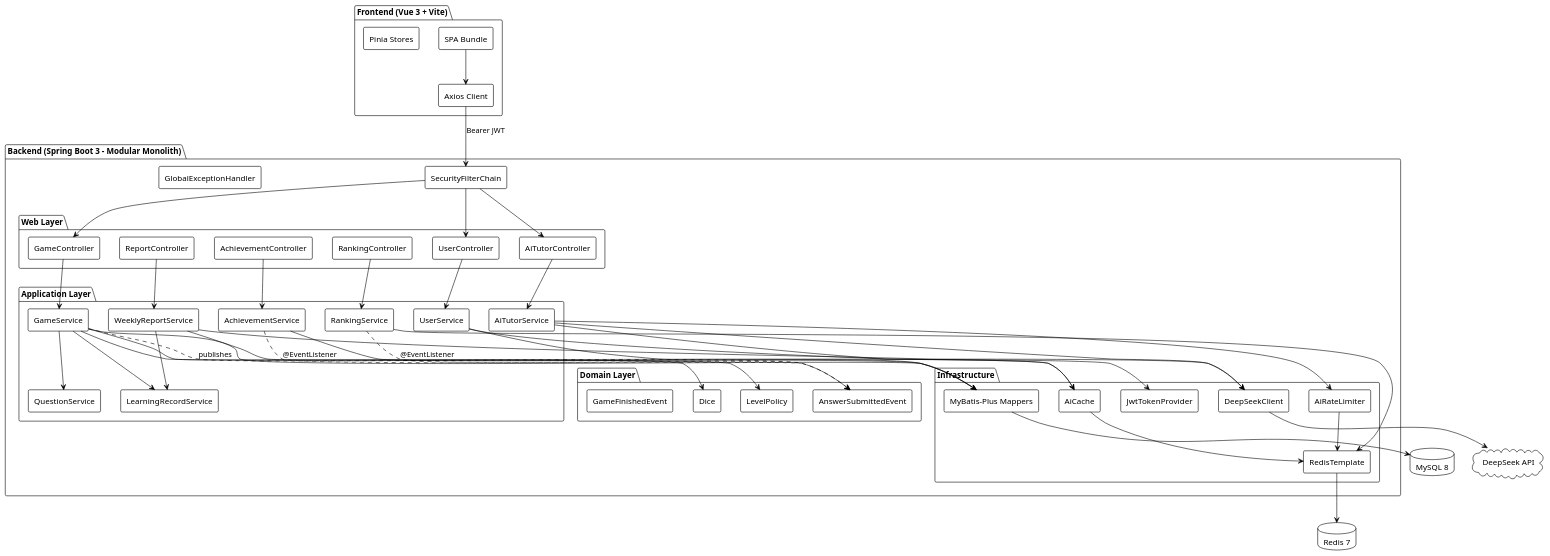
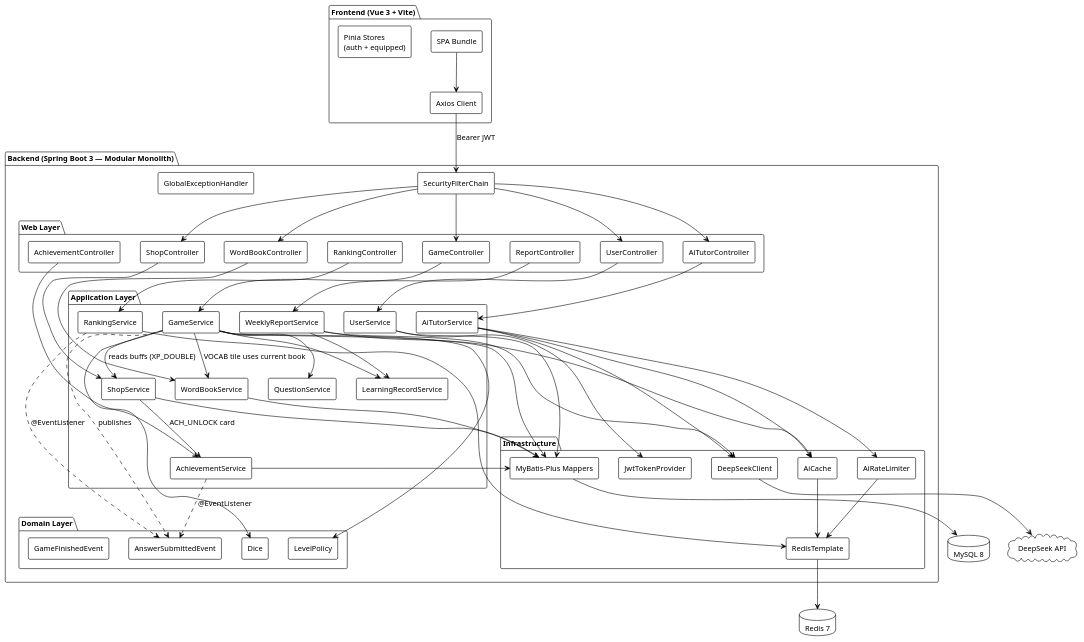
Before and after one commit to shanchuann/Lingo_Quest: the diagram in docs/uml/12_component.puml, drawn with PlantUML. The commit also changed 116 other files, not shown here.

Commit message:
docs:updata uml diagram

```diff
--- a/docs/uml/12_component.puml
+++ b/docs/uml/12_component.puml
@@ -1,87 +1,103 @@
 @startuml component
 !theme plain
+skinparam defaultFontName "Microsoft YaHei"
+skinparam defaultFontSize 13
 skinparam componentStyle rectangle
 skinparam shadowing false
 
 package "Frontend (Vue 3 + Vite)" {
   [SPA Bundle] as SPA
-  [Pinia Stores] as PINIA
+  [Pinia Stores\n(auth + equipped)] as PINIA
   [Axios Client] as AXIOS
 }
 
-package "Backend (Spring Boot 3 - Modular Monolith)" {
+package "Backend (Spring Boot 3 — Modular Monolith)" {
   package "Web Layer" {
     [UserController]
     [GameController]
     [AiTutorController]
     [AchievementController]
     [RankingController]
     [ReportController]
+    [ShopController]
+    [WordBookController]
   }
   package "Application Layer" {
     [UserService]
     [GameService]
     [AiTutorService]
     [AchievementService]
     [RankingService]
     [WeeklyReportService]
     [QuestionService]
     [LearningRecordService]
+    [ShopService]
+    [WordBookService]
   }
   package "Domain Layer" {
     [Dice]
     [LevelPolicy]
     [AnswerSubmittedEvent]
     [GameFinishedEvent]
   }
   package "Infrastructure" {
     [MyBatis-Plus Mappers]
     [JwtTokenProvider]
     [DeepSeekClient]
     [AiCache]
     [AiRateLimiter]
     [RedisTemplate]
   }
   [SecurityFilterChain]
   [GlobalExceptionHandler]
 }
 
 cloud "DeepSeek API" as DS
 database "MySQL 8" as DB
 database "Redis 7" as RD
 
 SPA --> AXIOS
 AXIOS --> [SecurityFilterChain] : Bearer JWT
 [SecurityFilterChain] --> [UserController]
 [SecurityFilterChain] --> [GameController]
 [SecurityFilterChain] --> [AiTutorController]
+[SecurityFilterChain] --> [ShopController]
+[SecurityFilterChain] --> [WordBookController]
 [UserController] --> [UserService]
 [GameController] --> [GameService]
 [AiTutorController] --> [AiTutorService]
 [AchievementController] --> [AchievementService]
 [RankingController] --> [RankingService]
 [ReportController] --> [WeeklyReportService]
+[ShopController] --> [ShopService]
+[WordBookController] --> [WordBookService]
+
 [GameService] ..> [AnswerSubmittedEvent] : publishes
 [AchievementService] ..> [AnswerSubmittedEvent] : @EventListener
 [RankingService] ..> [AnswerSubmittedEvent] : @EventListener
 [GameService] --> [Dice]
 [GameService] --> [LevelPolicy]
 [GameService] --> [QuestionService]
 [GameService] --> [LearningRecordService]
+[GameService] --> [WordBookService] : VOCAB tile uses current book
+[GameService] --> [ShopService] : reads buffs (XP_DOUBLE)
+[ShopService] --> [AchievementService] : ACH_UNLOCK card
 [AiTutorService] --> [AiRateLimiter]
 [AiTutorService] --> [AiCache]
 [AiTutorService] --> [DeepSeekClient]
 [WeeklyReportService] --> [LearningRecordService]
 [WeeklyReportService] --> [AiCache]
 [WeeklyReportService] --> [DeepSeekClient]
 [DeepSeekClient] --> DS
 [MyBatis-Plus Mappers] --> DB
 [RedisTemplate] --> RD
 [AiCache] --> [RedisTemplate]
 [AiRateLimiter] --> [RedisTemplate]
 [RankingService] --> [RedisTemplate]
 [UserService] --> [JwtTokenProvider]
 [UserService] --> [MyBatis-Plus Mappers]
 [GameService] --> [MyBatis-Plus Mappers]
 [AchievementService] --> [MyBatis-Plus Mappers]
+[ShopService] --> [MyBatis-Plus Mappers]
+[WordBookService] --> [MyBatis-Plus Mappers]
 @enduml
```
